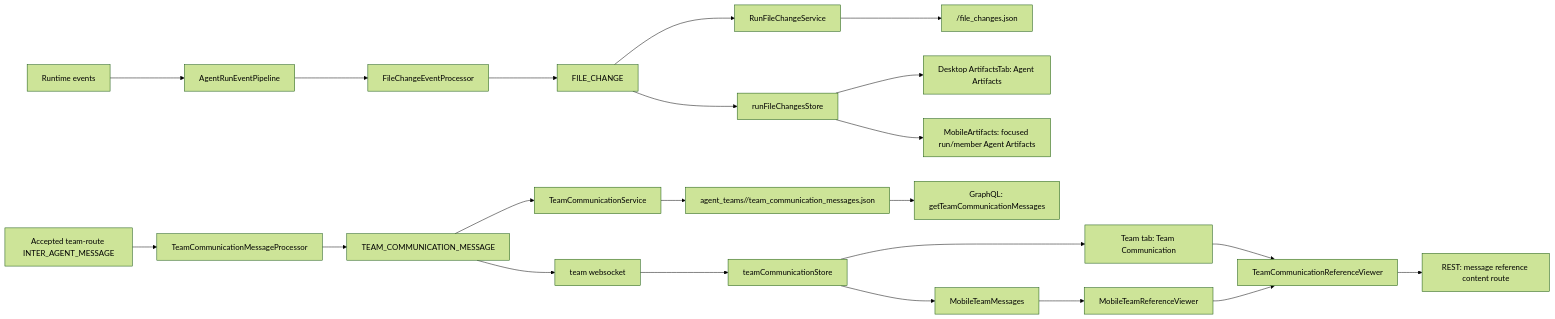
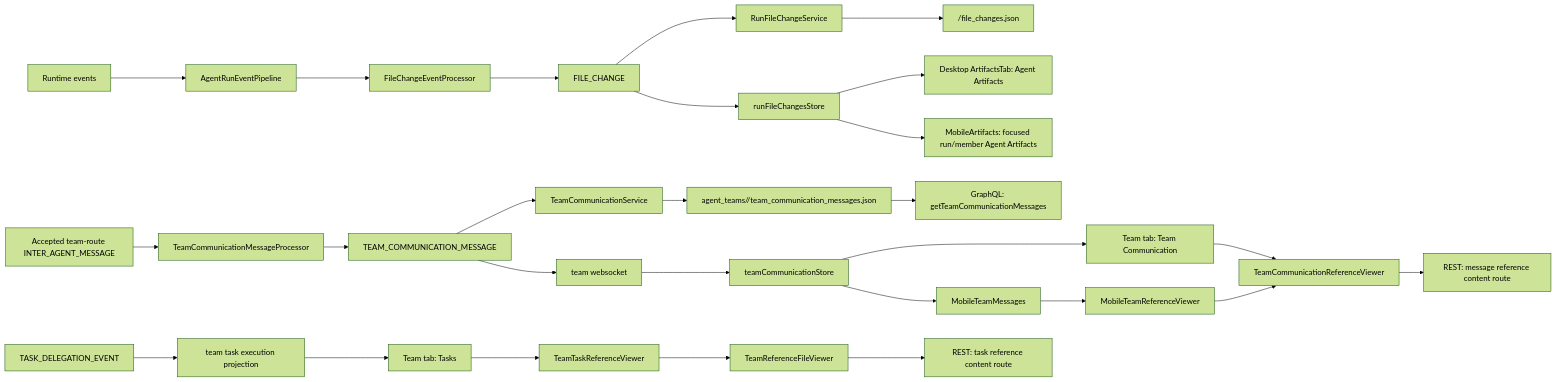
Before and after one commit to AutoByteus/autobyteus-workspace: the diagram in autobyteus-web/docs/agent_artifacts.md, drawn with Mermaid (forest theme). The commit also changed other lines of this file and 107 other files, not shown here.

Commit message:
feat(team): finalize taskagent team tab UI

````diff
--- a/autobyteus-web/docs/agent_artifacts.md
+++ b/autobyteus-web/docs/agent_artifacts.md
@@ -116,25 +153,31 @@
 ```mermaid
 flowchart LR
   A[Runtime events] --> B[AgentRunEventPipeline]
   B --> C[FileChangeEventProcessor]
   C --> D[FILE_CHANGE]
   D --> E[RunFileChangeService]
   E --> F[<run-memory-dir>/file_changes.json]
   D --> G[runFileChangesStore]
   G --> H[Desktop ArtifactsTab: Agent Artifacts]
   G --> U[MobileArtifacts: focused run/member Agent Artifacts]
 
   I[Accepted team-route INTER_AGENT_MESSAGE] --> J[TeamCommunicationMessageProcessor]
   J --> K[TEAM_COMMUNICATION_MESSAGE]
   K --> L[TeamCommunicationService]
   L --> N[agent_teams/<teamRunId>/team_communication_messages.json]
   K --> M[team websocket]
   M --> P[teamCommunicationStore]
   N --> O[GraphQL: getTeamCommunicationMessages]
   P --> R[Team tab: Team Communication]
   R --> S[TeamCommunicationReferenceViewer]
   S --> T[REST: message reference content route]
   P --> V[MobileTeamMessages]
   V --> W[MobileTeamReferenceViewer]
   W --> S
+
+  X[TASK_DELEGATION_EVENT] --> Y[team task execution projection]
+  Y --> Z[Team tab: Tasks]
+  Z --> AA[TeamTaskReferenceViewer]
+  AA --> AB[TeamReferenceFileViewer]
+  AB --> AC[REST: task reference content route]
 ```
````
